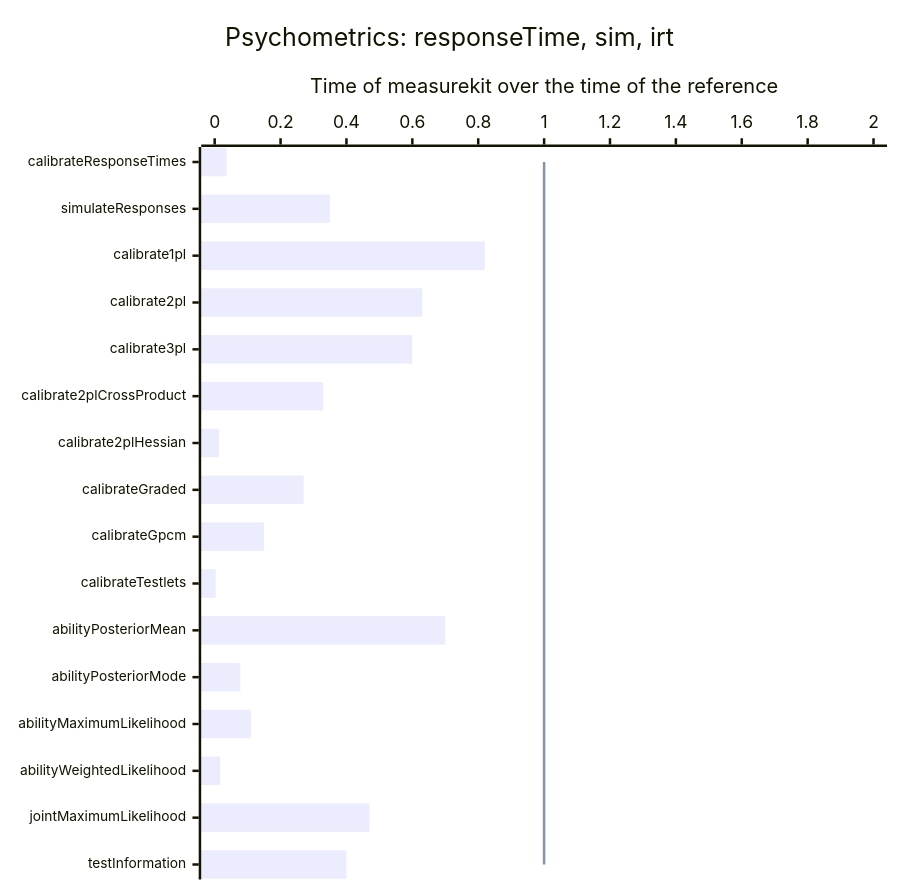
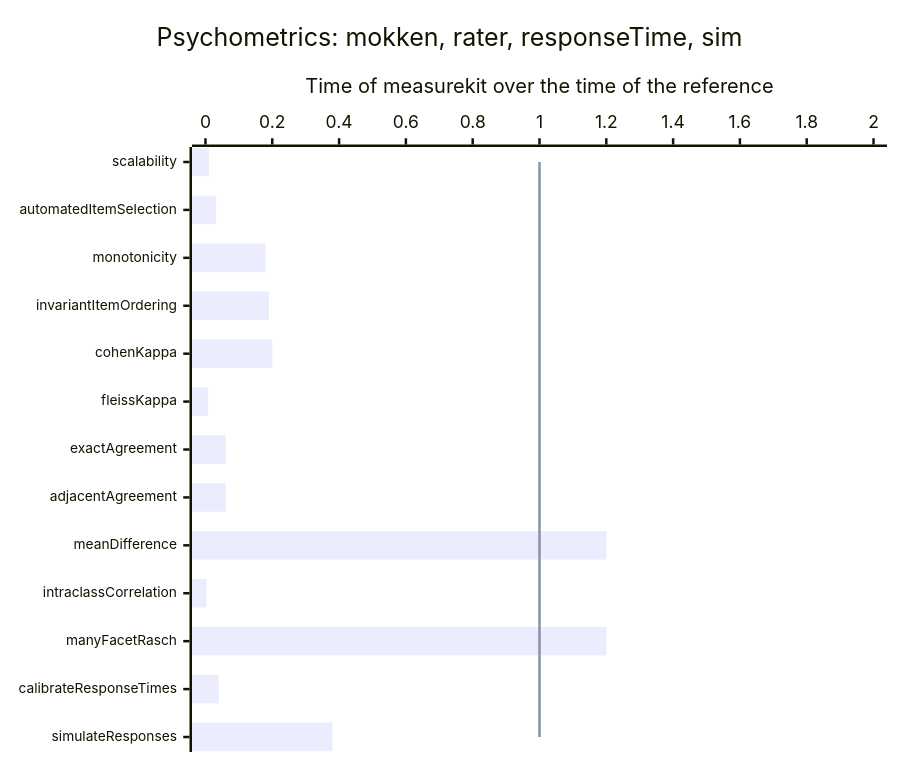
Before and after one commit to measurekit/measurekit: the sixth of 11 diagrams in docs/performance.md, drawn with Mermaid. The commit also changed other lines of this file and 1 other file, not shown here.

First line of the commit message:
Refresh the benchmark tables and charts, and tighten the budgets of the rows that the EM changes sped up

````diff
--- a/docs/performance.md
+++ b/docs/performance.md
@@ -63,9 +63,9 @@
 ```mermaid
-%%{init: {"xyChart": {"height": 694, "xAxis": {"labelFontSize": 11}}}}%%
+%%{init: {"xyChart": {"height": 592, "xAxis": {"labelFontSize": 11}}}}%%
 xychart-beta horizontal
-  title "Psychometrics: responseTime, sim, irt"
-  x-axis ["calibrateResponseTimes", "simulateResponses", "calibrate1pl", "calibrate2pl", "calibrate3pl", "calibrate2plCrossProduct", "calibrate2plHessian", "calibrateGraded", "calibrateGpcm", "calibrateTestlets", "abilityPosteriorMean", "abilityPosteriorMode", "abilityMaximumLikelihood", "abilityWeightedLikelihood", "jointMaximumLikelihood", "testInformation"]
+  title "Psychometrics: mokken, rater, responseTime, sim"
+  x-axis ["scalability", "automatedItemSelection", "monotonicity", "invariantItemOrdering", "cohenKappa", "fleissKappa", "exactAgreement", "adjacentAgreement", "meanDifference", "intraclassCorrelation", "manyFacetRasch", "calibrateResponseTimes", "simulateResponses"]
   y-axis "Time of measurekit over the time of the reference" 0 --> 2
-  bar [0.036, 0.35, 0.82, 0.63, 0.6, 0.33, 0.013, 0.27, 0.15, 0.0031, 0.7, 0.078, 0.11, 0.017, 0.47, 0.4]
-  line [1, 1, 1, 1, 1, 1, 1, 1, 1, 1, 1, 1, 1, 1, 1, 1]
+  bar [0.011, 0.032, 0.18, 0.19, 0.2, 0.008, 0.061, 0.061, 1.2, 0.0028, 1.2, 0.04, 0.38]
+  line [1, 1, 1, 1, 1, 1, 1, 1, 1, 1, 1, 1, 1]
 ```
````
